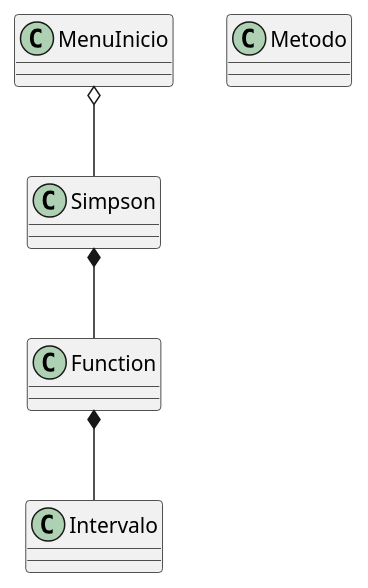
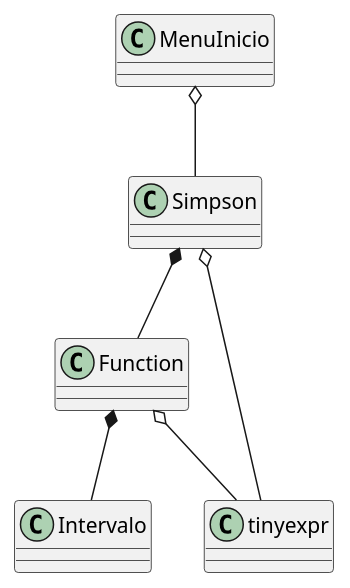
One commit to Diego0275/Simpson1-3 changed the diagram in Docs/Simpson.puml. Above: the diagram before and after it, drawn with PlantUML. The commit also changed 1 other file, not shown here.

```diff
--- a/Docs/Simpson.puml
+++ b/Docs/Simpson.puml
@@ -1,11 +1,14 @@
 @startuml Simpson
 class MenuInicio
-class Metodo
+class Simpson
 class Intervalo
 class Function
+class tinyexpr
 
 MenuInicio o-- Simpson 
+Simpson o-- tinyexpr
 Simpson *-- Function 
+Function o-- tinyexpr
 Function *-- Intervalo
 
 @enduml
```
